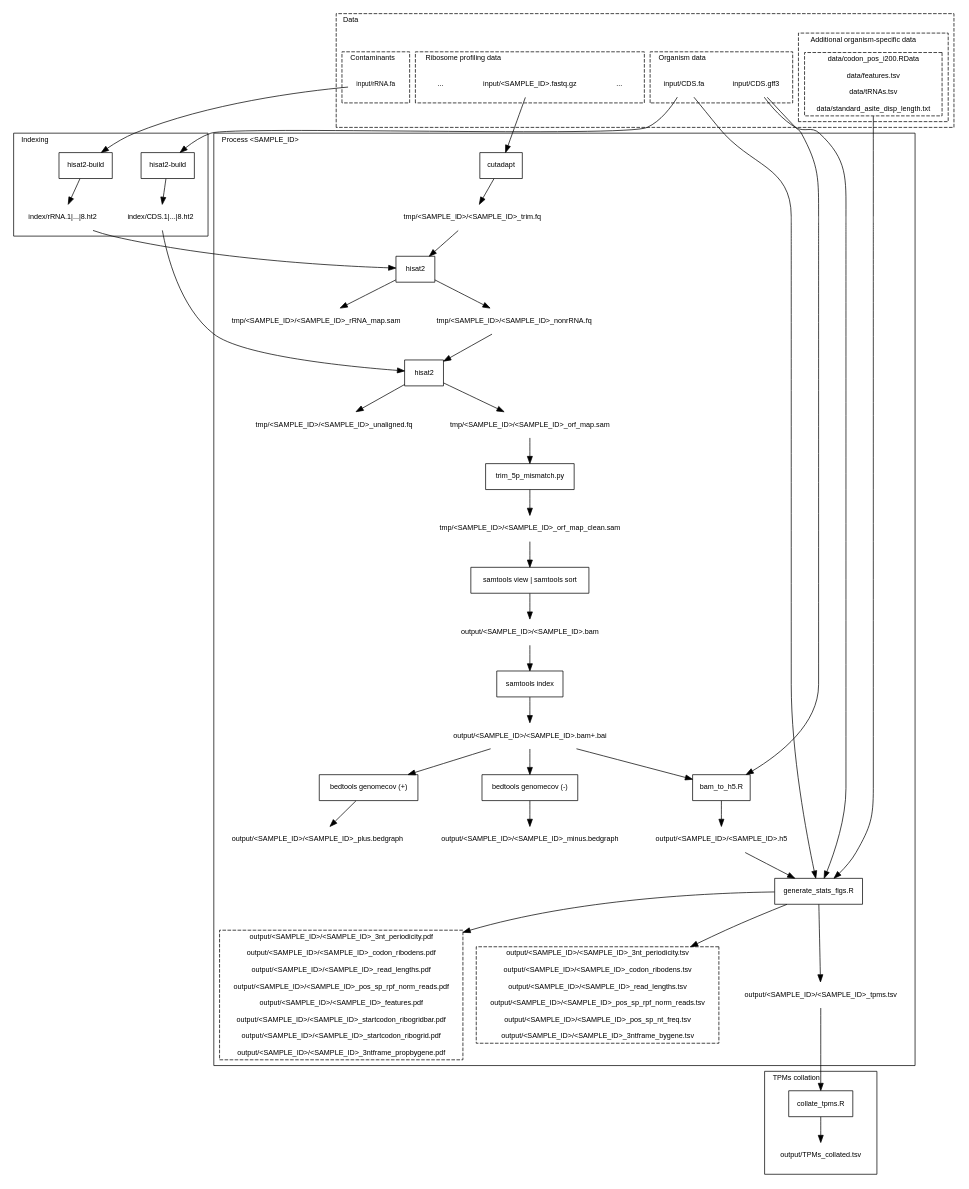
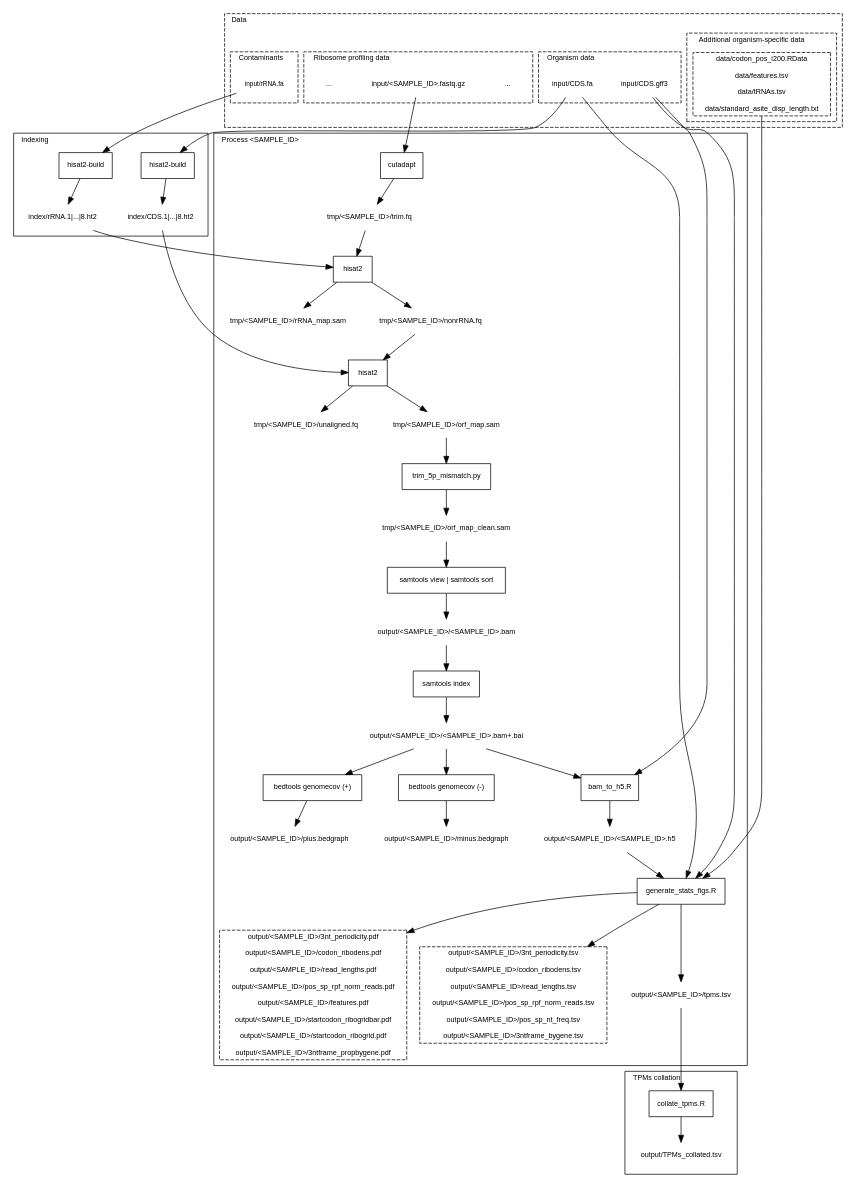
One commit to riboviz/riboviz changed the diagram in docs/images/workflow.dot. Above: the diagram before and after it, drawn with Graphviz. The commit also changed 13 other files, not shown here.

```diff
--- a/docs/images/workflow.dot
+++ b/docs/images/workflow.dot
@@ -1,156 +1,156 @@
 digraph G {
   graph [ fontname=Helvetica, fontsize=10, compound=true ]
   node [ fontname=Helvetica, fontsize=10 ]
   edge [ fontname=Helvetica, fontsize=10 ]
 
   subgraph cluster_data {
     label = "Data"
     labeljust = "l"
     style = dashed
 
     subgraph cluster_organism {
       label = "Organism data"
       labeljust = "l"
       style = dashed
 
       "input/CDS.fa"  [shape=plaintext]
       "input/CDS.gff3" [shape=plaintext]
     }
 
     subgraph cluster_contaminants {
       label = "Contaminants"
       labeljust = "l"
       style = dashed
 
       "input/rRNA.fa"  [shape=plaintext, fontsize=9]
     }
 
     subgraph cluster_additional_organism {
       label = "Additional organism-specific data"
       labeljust = "l"
       style = dashed
 
       data [label="data/codon_pos_i200.RData\n
 data/features.tsv\n
 data/tRNAs.tsv\n
 data/standard_asite_disp_length.txt"] [shape=box, style=dashed]
     }
 
     subgraph cluster_ribosome {
       label = "Ribosome profiling data"
       labeljust = "l"
       style = dashed
 
       ribosome_data0toI [label="..."] [shape=plaintext]
       "input/<SAMPLE_ID>.fastq.gz" [shape=plaintext]
       ribosome_dataItoN [label="..."] [shape=plaintext]
     }
   }
   
   subgraph cluster_indexing {
     label = "Indexing"
     labeljust = "l"
 
     h2build1 [label="hisat2-build"] [shape=box]
     h2build2 [label="hisat2-build"] [shape=box]
 
     "index/rRNA.1|...|8.ht2" [shape=plaintext]
     "index/CDS.1|...|8.ht2" [shape=plaintext]
 
     "input/rRNA.fa" -> h2build1 -> "index/rRNA.1|...|8.ht2"
     "input/CDS.fa" -> h2build2 -> "index/CDS.1|...|8.ht2"
   }
 
   subgraph cluster_per_sample_processing {
     label = "Process <SAMPLE_ID>"
     labeljust = "l"
 
     cut [label="cutadapt"] [shape=box]
     h21 [label="hisat2"] [shape=box]
     h22 [label="hisat2"] [shape=box]
     samindex [label="samtools index"] [shape=box]
     samview [label="samtools view | samtools sort"] [shape=box]
     trim [label="trim_5p_mismatch.py"] [shape=box]
     bedplus [label="bedtools genomecov (+)"] [shape=box]
     bedminus [label="bedtools genomecov (-)"] [shape=box]
     bam2h5 [label="bam_to_h5.R"] [shape=box]
     statsfigs [label="generate_stats_figs.R"] [shape=box]
 
-    "tmp/<SAMPLE_ID>/<SAMPLE_ID>_trim.fq" [shape=plaintext]
-    "tmp/<SAMPLE_ID>/<SAMPLE_ID>_rRNA_map.sam" [shape=plaintext]
-    "tmp/<SAMPLE_ID>/<SAMPLE_ID>_nonrRNA.fq" [shape=plaintext]
-    "tmp/<SAMPLE_ID>/<SAMPLE_ID>_unaligned.fq" [shape=plaintext]
-    "tmp/<SAMPLE_ID>/<SAMPLE_ID>_orf_map.sam" [shape=plaintext]
-    "tmp/<SAMPLE_ID>/<SAMPLE_ID>_orf_map_clean.sam" [shape=plaintext]
+    "tmp/<SAMPLE_ID>/trim.fq" [shape=plaintext]
+    "tmp/<SAMPLE_ID>/rRNA_map.sam" [shape=plaintext]
+    "tmp/<SAMPLE_ID>/nonrRNA.fq" [shape=plaintext]
+    "tmp/<SAMPLE_ID>/unaligned.fq" [shape=plaintext]
+    "tmp/<SAMPLE_ID>/orf_map.sam" [shape=plaintext]
+    "tmp/<SAMPLE_ID>/orf_map_clean.sam" [shape=plaintext]
     "output/<SAMPLE_ID>/<SAMPLE_ID>.bam" [shape=plaintext]
     "output/<SAMPLE_ID>/<SAMPLE_ID>.bam+.bai" [shape=plaintext]
-    "output/<SAMPLE_ID>/<SAMPLE_ID>_plus.bedgraph" [shape=plaintext]
-    "output/<SAMPLE_ID>/<SAMPLE_ID>_minus.bedgraph" [shape=plaintext]
+    "output/<SAMPLE_ID>/plus.bedgraph" [shape=plaintext]
+    "output/<SAMPLE_ID>/minus.bedgraph" [shape=plaintext]
     "output/<SAMPLE_ID>/<SAMPLE_ID>.h5" [shape=plaintext]
 
-    pdfs [label="output/<SAMPLE_ID>/<SAMPLE_ID>_3nt_periodicity.pdf\n
-output/<SAMPLE_ID>/<SAMPLE_ID>_codon_ribodens.pdf\n
-output/<SAMPLE_ID>/<SAMPLE_ID>_read_lengths.pdf\n
-output/<SAMPLE_ID>/<SAMPLE_ID>_pos_sp_rpf_norm_reads.pdf\n
-output/<SAMPLE_ID>/<SAMPLE_ID>_features.pdf\n
-output/<SAMPLE_ID>/<SAMPLE_ID>_startcodon_ribogridbar.pdf\n
-output/<SAMPLE_ID>/<SAMPLE_ID>_startcodon_ribogrid.pdf\n
-output/<SAMPLE_ID>/<SAMPLE_ID>_3ntframe_propbygene.pdf
+    pdfs [label="output/<SAMPLE_ID>/3nt_periodicity.pdf\n
+output/<SAMPLE_ID>/codon_ribodens.pdf\n
+output/<SAMPLE_ID>/read_lengths.pdf\n
+output/<SAMPLE_ID>/pos_sp_rpf_norm_reads.pdf\n
+output/<SAMPLE_ID>/features.pdf\n
+output/<SAMPLE_ID>/startcodon_ribogridbar.pdf\n
+output/<SAMPLE_ID>/startcodon_ribogrid.pdf\n
+output/<SAMPLE_ID>/3ntframe_propbygene.pdf
 "] [shape=box, style=dashed]
 
-    tsvs [label="output/<SAMPLE_ID>/<SAMPLE_ID>_3nt_periodicity.tsv\n
-output/<SAMPLE_ID>/<SAMPLE_ID>_codon_ribodens.tsv\n
-output/<SAMPLE_ID>/<SAMPLE_ID>_read_lengths.tsv\n
-output/<SAMPLE_ID>/<SAMPLE_ID>_pos_sp_rpf_norm_reads.tsv\n
-output/<SAMPLE_ID>/<SAMPLE_ID>_pos_sp_nt_freq.tsv\n
-output/<SAMPLE_ID>/<SAMPLE_ID>_3ntframe_bygene.tsv
+    tsvs [label="output/<SAMPLE_ID>/3nt_periodicity.tsv\n
+output/<SAMPLE_ID>/codon_ribodens.tsv\n
+output/<SAMPLE_ID>/read_lengths.tsv\n
+output/<SAMPLE_ID>/pos_sp_rpf_norm_reads.tsv\n
+output/<SAMPLE_ID>/pos_sp_nt_freq.tsv\n
+output/<SAMPLE_ID>/3ntframe_bygene.tsv
 "] [shape=box, style=dashed]
 
-    "output/<SAMPLE_ID>/<SAMPLE_ID>_tpms.tsv" [shape=plaintext]
+    "output/<SAMPLE_ID>/tpms.tsv" [shape=plaintext]
 
-    "input/<SAMPLE_ID>.fastq.gz" -> cut -> "tmp/<SAMPLE_ID>/<SAMPLE_ID>_trim.fq"
+    "input/<SAMPLE_ID>.fastq.gz" -> cut -> "tmp/<SAMPLE_ID>/trim.fq"
 
-    "tmp/<SAMPLE_ID>/<SAMPLE_ID>_trim.fq" -> h21
+    "tmp/<SAMPLE_ID>/trim.fq" -> h21
     "index/rRNA.1|...|8.ht2" -> h21
-    h21 -> "tmp/<SAMPLE_ID>/<SAMPLE_ID>_rRNA_map.sam"
-    h21 -> "tmp/<SAMPLE_ID>/<SAMPLE_ID>_nonrRNA.fq"
+    h21 -> "tmp/<SAMPLE_ID>/rRNA_map.sam"
+    h21 -> "tmp/<SAMPLE_ID>/nonrRNA.fq"
 
     "index/CDS.1|...|8.ht2" -> h22
-    "tmp/<SAMPLE_ID>/<SAMPLE_ID>_nonrRNA.fq" -> h22
-    h22 -> "tmp/<SAMPLE_ID>/<SAMPLE_ID>_unaligned.fq"
-    h22 -> "tmp/<SAMPLE_ID>/<SAMPLE_ID>_orf_map.sam"
+    "tmp/<SAMPLE_ID>/nonrRNA.fq" -> h22
+    h22 -> "tmp/<SAMPLE_ID>/unaligned.fq"
+    h22 -> "tmp/<SAMPLE_ID>/orf_map.sam"
 
-    "tmp/<SAMPLE_ID>/<SAMPLE_ID>_orf_map.sam" -> trim -> "tmp/<SAMPLE_ID>/<SAMPLE_ID>_orf_map_clean.sam"
-    "tmp/<SAMPLE_ID>/<SAMPLE_ID>_orf_map_clean.sam" -> samview -> "output/<SAMPLE_ID>/<SAMPLE_ID>.bam"
+    "tmp/<SAMPLE_ID>/orf_map.sam" -> trim -> "tmp/<SAMPLE_ID>/orf_map_clean.sam"
+    "tmp/<SAMPLE_ID>/orf_map_clean.sam" -> samview -> "output/<SAMPLE_ID>/<SAMPLE_ID>.bam"
     "output/<SAMPLE_ID>/<SAMPLE_ID>.bam" -> samindex
     samindex -> "output/<SAMPLE_ID>/<SAMPLE_ID>.bam+.bai"
 
-    "output/<SAMPLE_ID>/<SAMPLE_ID>.bam+.bai" -> bedplus -> "output/<SAMPLE_ID>/<SAMPLE_ID>_plus.bedgraph"
-    "output/<SAMPLE_ID>/<SAMPLE_ID>.bam+.bai" -> bedminus -> "output/<SAMPLE_ID>/<SAMPLE_ID>_minus.bedgraph"
+    "output/<SAMPLE_ID>/<SAMPLE_ID>.bam+.bai" -> bedplus -> "output/<SAMPLE_ID>/plus.bedgraph"
+    "output/<SAMPLE_ID>/<SAMPLE_ID>.bam+.bai" -> bedminus -> "output/<SAMPLE_ID>/minus.bedgraph"
 
     "output/<SAMPLE_ID>/<SAMPLE_ID>.bam+.bai" -> bam2h5
     "input/CDS.gff3" -> bam2h5
     bam2h5 -> "output/<SAMPLE_ID>/<SAMPLE_ID>.h5"
 
     "output/<SAMPLE_ID>/<SAMPLE_ID>.h5" -> statsfigs
     "input/CDS.fa" -> statsfigs
     "input/CDS.gff3" -> statsfigs
     data -> statsfigs
 
     statsfigs -> pdfs
     statsfigs -> tsvs
-    statsfigs -> "output/<SAMPLE_ID>/<SAMPLE_ID>_tpms.tsv"
+    statsfigs -> "output/<SAMPLE_ID>/tpms.tsv"
   }
 
   subgraph cluster_tpms_collation {
     label = "TPMs collation"
     labeljust = "l"
 
     collate [label="collate_tpms.R"] [shape=box]
 
     "output/TPMs_collated.tsv" [shape=plaintext]
 
-    "output/<SAMPLE_ID>/<SAMPLE_ID>_tpms.tsv" -> collate
+    "output/<SAMPLE_ID>/tpms.tsv" -> collate
     collate -> "output/TPMs_collated.tsv"
   }
 }
```
